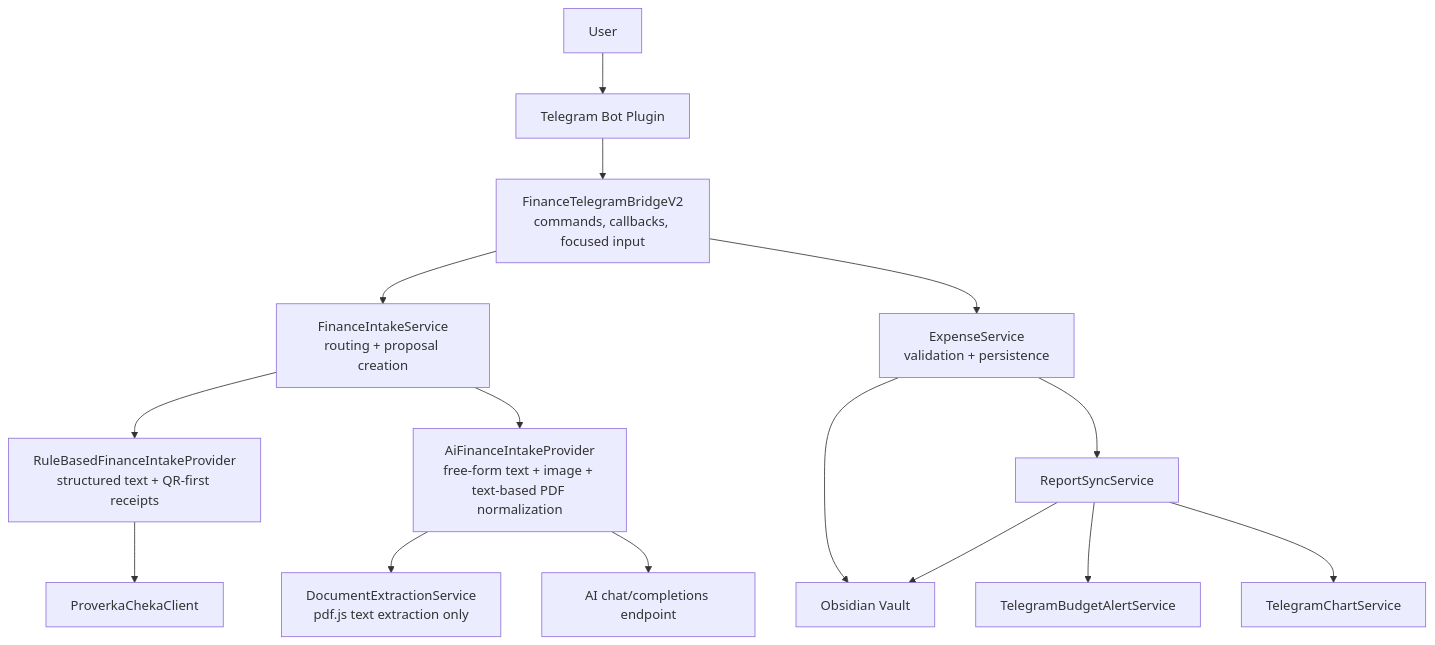
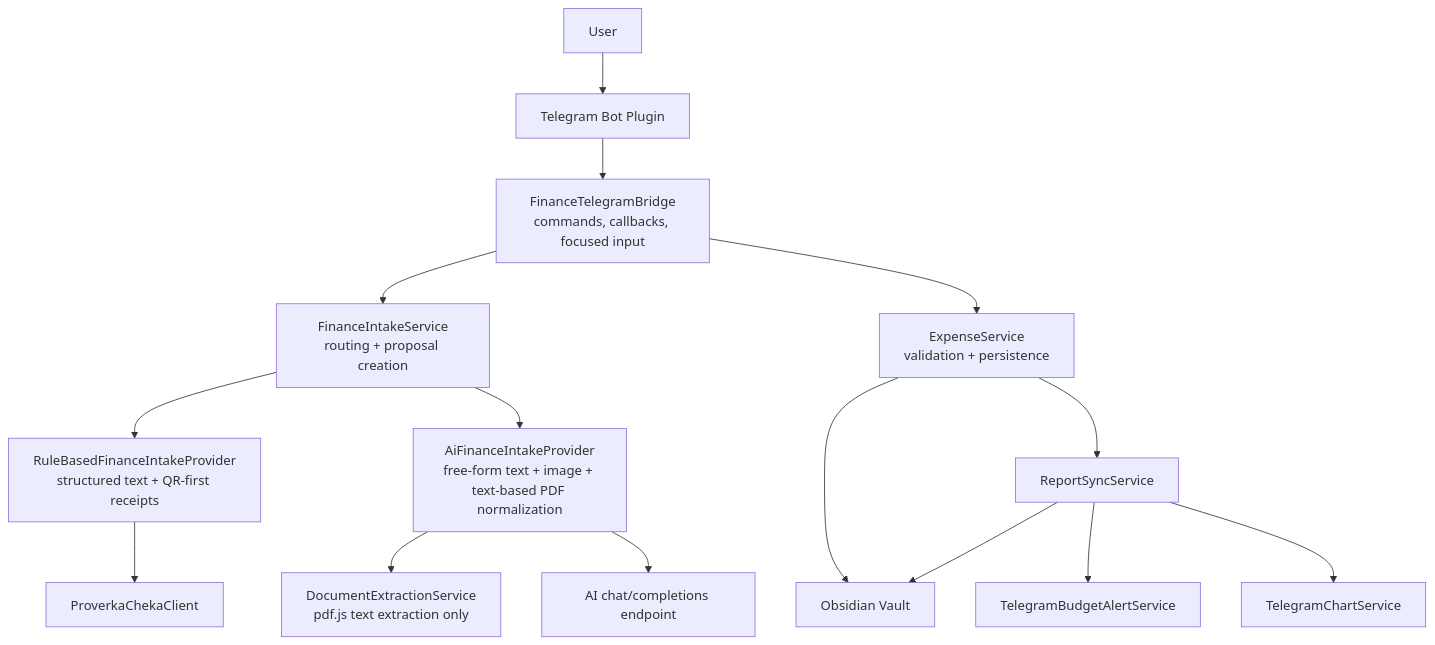
One commit to Xoanis/obsidian-expense-manager changed the first of 6 diagrams in docs/service-architecture.md. Above: the diagram before and after it, drawn with Mermaid. The commit also changed other lines of this file and 8 other files, not shown here.

````diff
--- a/docs/service-architecture.md
+++ b/docs/service-architecture.md
@@ -11,17 +11,17 @@
 ```mermaid
 flowchart TD
     U["User"] --> TG["Telegram Bot Plugin"]
-    TG --> BR["FinanceTelegramBridgeV2<br/>commands, callbacks, focused input"]
+TG --> BR["FinanceTelegramBridge<br/>commands, callbacks, focused input"]
     BR --> FI["FinanceIntakeService<br/>routing + proposal creation"]
     FI --> RP["RuleBasedFinanceIntakeProvider<br/>structured text + QR-first receipts"]
     FI --> AP["AiFinanceIntakeProvider<br/>free-form text + image + text-based PDF normalization"]
     AP --> DX["DocumentExtractionService<br/>pdf.js text extraction only"]
     AP --> AI["AI chat/completions endpoint"]
     RP --> QR["ProverkaChekaClient"]
     BR --> ES["ExpenseService<br/>validation + persistence"]
     ES --> VA["Obsidian Vault"]
     ES --> RS["ReportSyncService"]
     RS --> VA
     RS --> TB["TelegramBudgetAlertService"]
     RS --> TC["TelegramChartService"]
 ```
````
